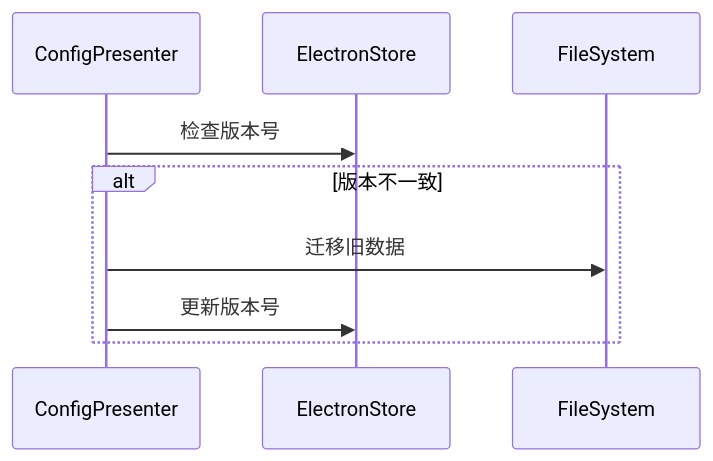
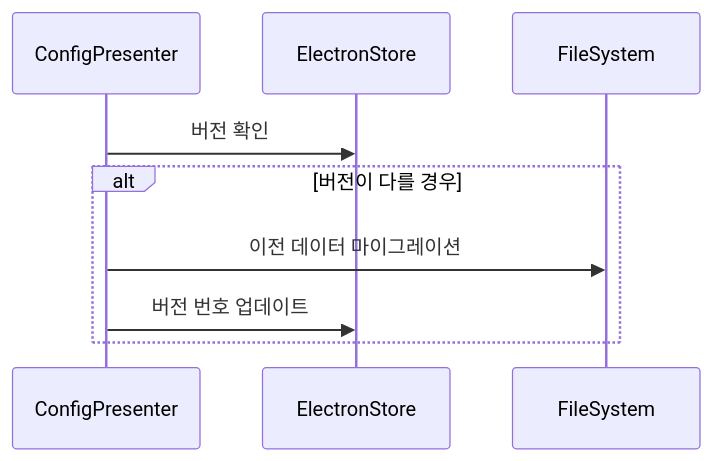
One commit to lufepoh/deepchat changed the second of 2 diagrams in docs/config-presenter-design.md. Above: the diagram before and after it, drawn with Mermaid. The commit also changed other lines of this file and 17 other files, not shown here.

````diff
--- a/docs/config-presenter-design.md
+++ b/docs/config-presenter-design.md
@@ -93,12 +94,12 @@
 ```mermaid
 sequenceDiagram
     participant ConfigPresenter
     participant ElectronStore
     participant FileSystem
 
-    ConfigPresenter->>ElectronStore: 检查版本号
-    alt 版本不一致
-        ConfigPresenter->>FileSystem: 迁移旧数据
-        ConfigPresenter->>ElectronStore: 更新版本号
+    ConfigPresenter->>ElectronStore: 버전 확인
+    alt 버전이 다를 경우
+        ConfigPresenter->>FileSystem: 이전 데이터 마이그레이션
+        ConfigPresenter->>ElectronStore: 버전 번호 업데이트
     end
 ```
````
